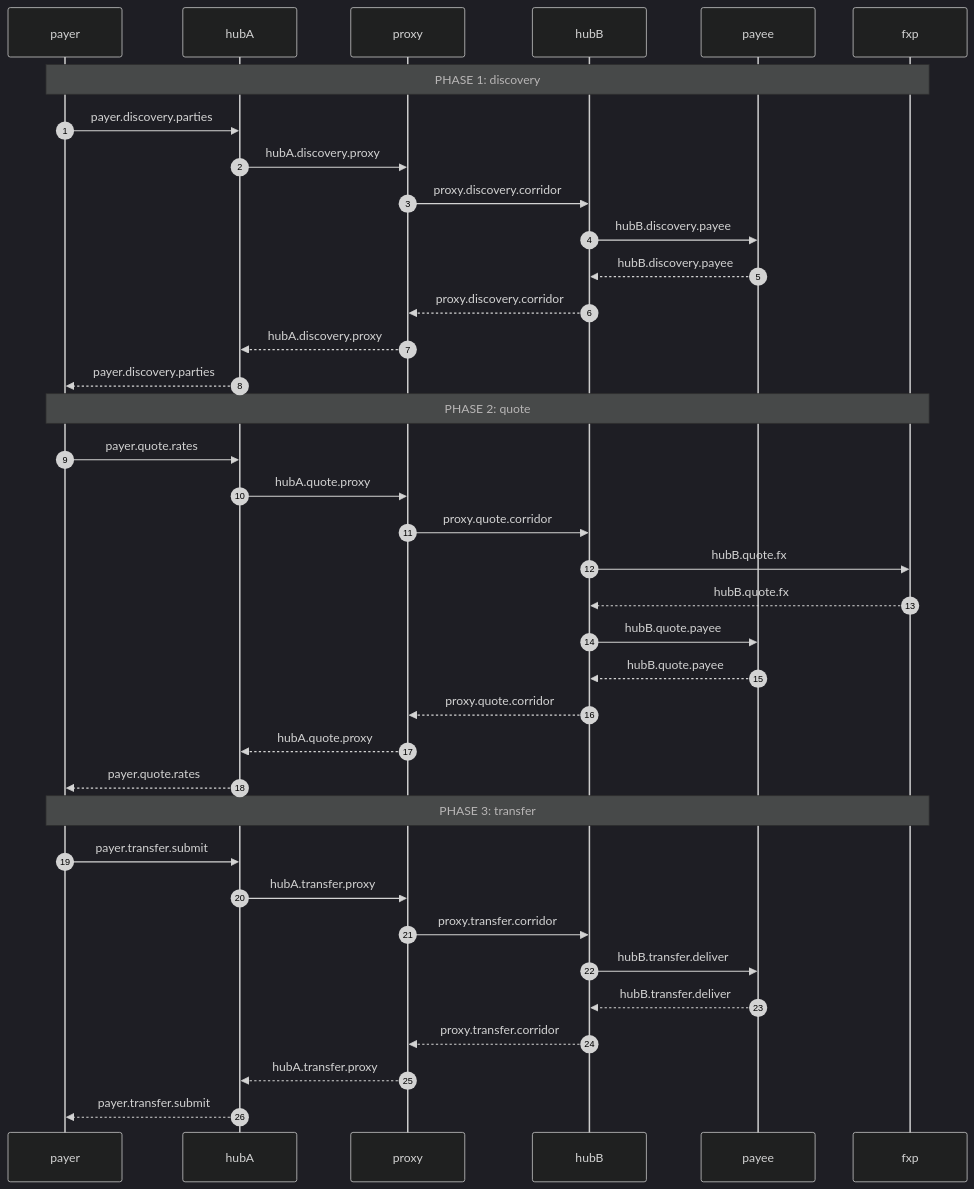
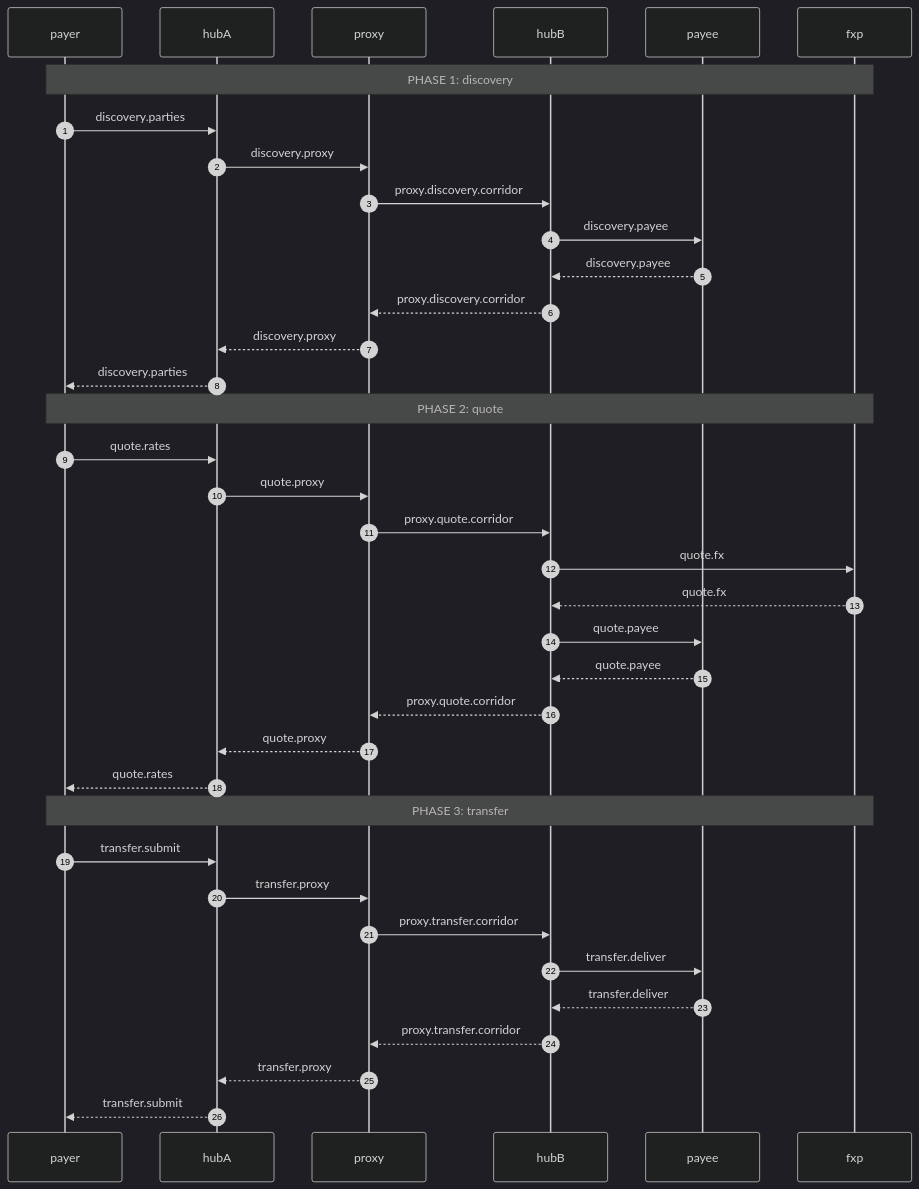
Before and after one commit to feasibleone/blong: the second of 2 diagrams in core/semantic-log/docs/observed-flows.md, drawn with Mermaid (dark theme). The commit also changed other lines of this file and 47 other files, not shown here.

````diff
--- a/core/semantic-log/docs/observed-flows.md
+++ b/core/semantic-log/docs/observed-flows.md
@@ -77,39 +77,39 @@
 ```mermaid
 sequenceDiagram
     autonumber
     participant payer
     participant hubA
     participant proxy
     participant hubB
     participant payee
     participant fxp
     Note over payer, fxp: PHASE 1: discovery
-    payer->>hubA: payer.discovery.parties
-    hubA->>proxy: hubA.discovery.proxy
+    payer->>hubA: discovery.parties
+    hubA->>proxy: discovery.proxy
     proxy->>hubB: proxy.discovery.corridor
-    hubB->>payee: hubB.discovery.payee
-    payee-->>hubB: hubB.discovery.payee
+    hubB->>payee: discovery.payee
+    payee-->>hubB: discovery.payee
     hubB-->>proxy: proxy.discovery.corridor
-    proxy-->>hubA: hubA.discovery.proxy
-    hubA-->>payer: payer.discovery.parties
+    proxy-->>hubA: discovery.proxy
+    hubA-->>payer: discovery.parties
     Note over payer, fxp: PHASE 2: quote
-    payer->>hubA: payer.quote.rates
-    hubA->>proxy: hubA.quote.proxy
+    payer->>hubA: quote.rates
+    hubA->>proxy: quote.proxy
     proxy->>hubB: proxy.quote.corridor
-    hubB->>fxp: hubB.quote.fx
-    fxp-->>hubB: hubB.quote.fx
-    hubB->>payee: hubB.quote.payee
-    payee-->>hubB: hubB.quote.payee
+    hubB->>fxp: quote.fx
+    fxp-->>hubB: quote.fx
+    hubB->>payee: quote.payee
+    payee-->>hubB: quote.payee
     hubB-->>proxy: proxy.quote.corridor
-    proxy-->>hubA: hubA.quote.proxy
-    hubA-->>payer: payer.quote.rates
+    proxy-->>hubA: quote.proxy
+    hubA-->>payer: quote.rates
     Note over payer, fxp: PHASE 3: transfer
-    payer->>hubA: payer.transfer.submit
-    hubA->>proxy: hubA.transfer.proxy
+    payer->>hubA: transfer.submit
+    hubA->>proxy: transfer.proxy
     proxy->>hubB: proxy.transfer.corridor
-    hubB->>payee: hubB.transfer.deliver
-    payee-->>hubB: hubB.transfer.deliver
+    hubB->>payee: transfer.deliver
+    payee-->>hubB: transfer.deliver
     hubB-->>proxy: proxy.transfer.corridor
-    proxy-->>hubA: hubA.transfer.proxy
-    hubA-->>payer: payer.transfer.submit
+    proxy-->>hubA: transfer.proxy
+    hubA-->>payer: transfer.submit
 ```
````
